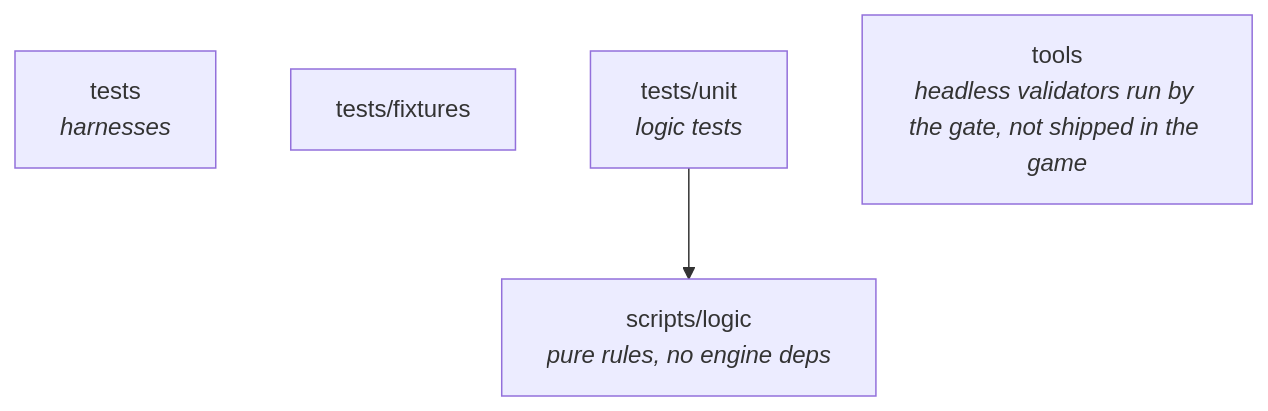
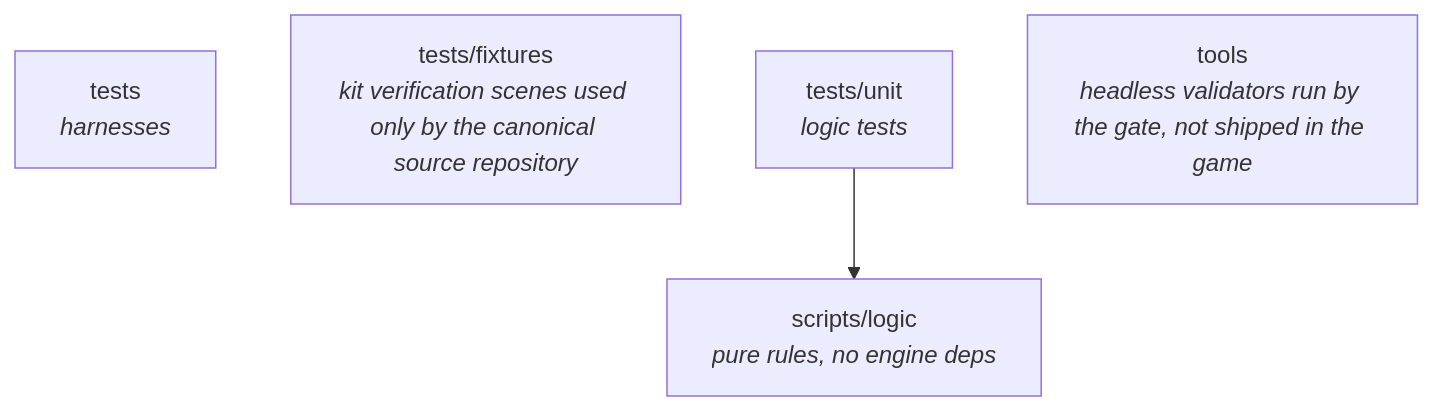
Before and after one commit to FallingReign/godot-agent-starter: the diagram in ARCHITECTURE.md, drawn with Mermaid. The commit also changed 87 other files, not shown here.

````diff
--- a/ARCHITECTURE.md
+++ b/ARCHITECTURE.md
@@ -22,10 +22,10 @@
 ```mermaid
 graph TD
     scripts_logic["scripts/logic<br/><i>pure rules, no engine deps</i>"]
     tests["tests<br/><i>harnesses</i>"]
-    tests_fixtures["tests/fixtures"]
+    tests_fixtures["tests/fixtures<br/><i>kit verification scenes used only by the canonical source repository</i>"]
     tests_unit["tests/unit<br/><i>logic tests</i>"]
     tools["tools<br/><i>headless validators run by the gate, not shipped in the game</i>"]
 
     tests_unit --> scripts_logic
 ```
````
